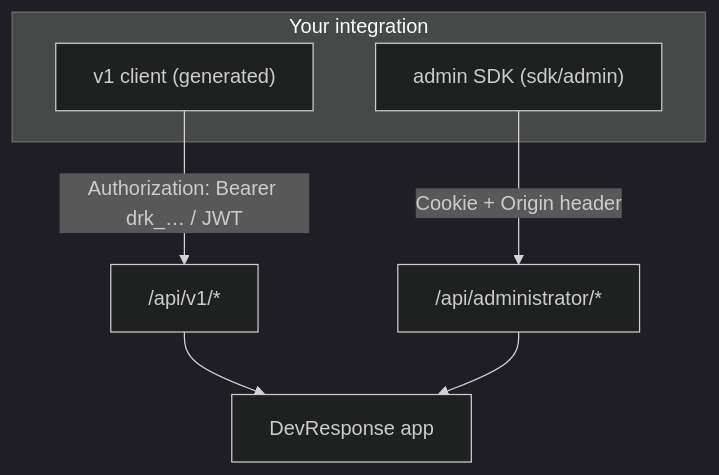
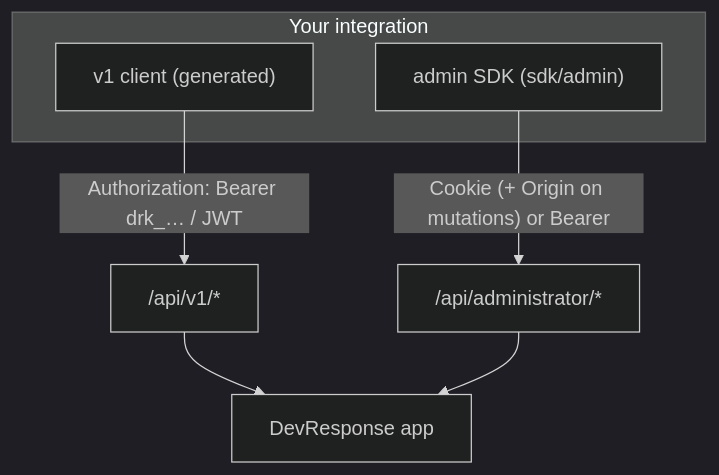
The diagram in docs/api.md (devresponse/devresponsekit), drawn with Mermaid (dark theme) before and after one commit. The commit also changed other lines of this file and 164 other files, not shown here.

````diff
--- a/docs/api.md
+++ b/docs/api.md
@@ -40,10 +40,10 @@
 ```mermaid
 flowchart TB
     subgraph You["Your integration"]
         V["v1 client (generated)"]
         A["admin SDK (sdk/admin)"]
     end
     V -- "Authorization: Bearer drk_… / JWT" --> V1["/api/v1/*"]
-    A -- "Cookie + Origin header" --> ADM["/api/administrator/*"]
+    A -- "Cookie (+ Origin on mutations) or Bearer" --> ADM["/api/administrator/*"]
     V1 & ADM --> APP["DevResponse app"]
 ```
````
